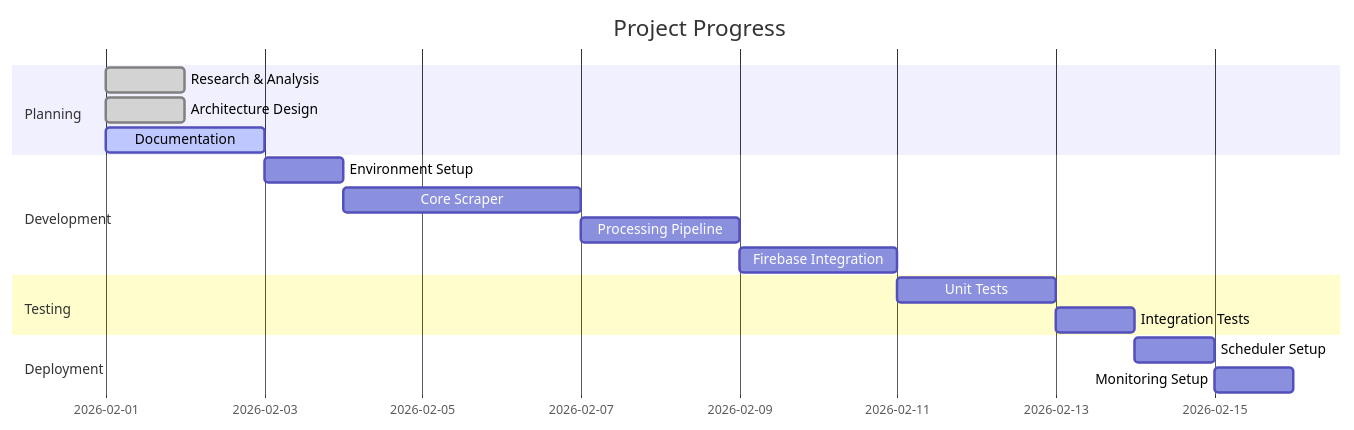
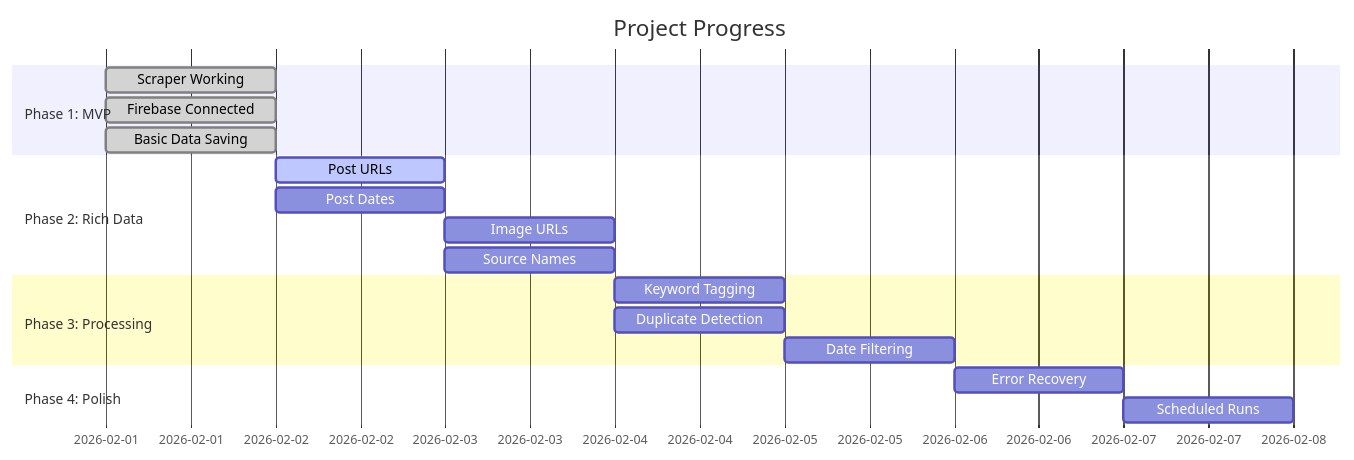
One commit to BrentFordVRemerata/Facebook-Scraper changed diagram 17 of 17 in GUIDE.md. Above: the diagram before and after it, drawn with Mermaid. The commit also changed other lines of this file and 16 other files, not shown here.

Commit message:
Scraper Working Text Only

````diff
--- a/GUIDE.md
+++ b/GUIDE.md
@@ -1207,20 +1262,21 @@
 ```mermaid
 gantt
     title Project Progress
     dateFormat  YYYY-MM-DD
-    section Planning
-    Research & Analysis      :done, 2026-02-01, 1d
-    Architecture Design      :done, 2026-02-01, 1d
-    Documentation           :active, 2026-02-01, 2d
-    section Development
-    Environment Setup       :2026-02-03, 1d
-    Core Scraper           :2026-02-04, 3d
-    Processing Pipeline    :2026-02-07, 2d
-    Firebase Integration   :2026-02-09, 2d
-    section Testing
-    Unit Tests             :2026-02-11, 2d
-    Integration Tests      :2026-02-13, 1d
-    section Deployment
-    Scheduler Setup        :2026-02-14, 1d
-    Monitoring Setup       :2026-02-15, 1d
+    section Phase 1: MVP
+    Scraper Working         :done, 2026-02-01, 1d
+    Firebase Connected      :done, 2026-02-01, 1d
+    Basic Data Saving       :done, 2026-02-01, 1d
+    section Phase 2: Rich Data
+    Post URLs               :active, 2026-02-02, 1d
+    Post Dates              :2026-02-02, 1d
+    Image URLs              :2026-02-03, 1d
+    Source Names            :2026-02-03, 1d
+    section Phase 3: Processing
+    Keyword Tagging         :2026-02-04, 1d
+    Duplicate Detection     :2026-02-04, 1d
+    Date Filtering          :2026-02-05, 1d
+    section Phase 4: Polish
+    Error Recovery          :2026-02-06, 1d
+    Scheduled Runs          :2026-02-07, 1d
 ```
````
